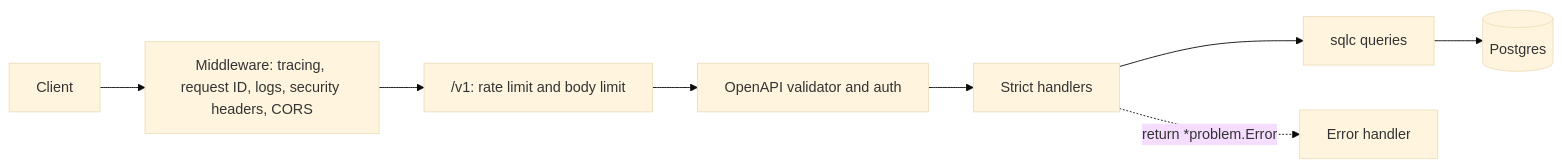
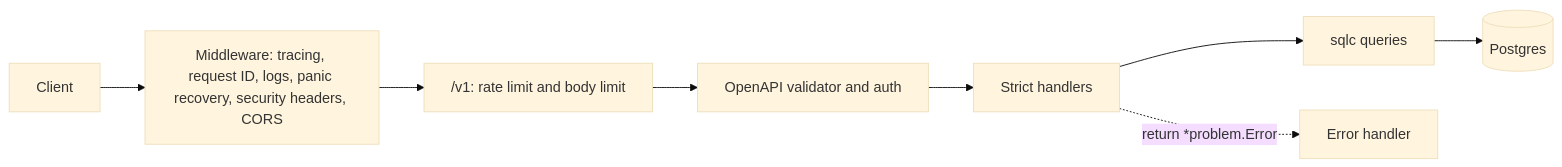
One commit to opikdev/api-go-starter changed the diagram in docs/architecture.md. Above: the diagram before and after it, drawn with Mermaid (base theme). The commit also changed other lines of this file and 5 other files, not shown here.

````diff
--- a/docs/architecture.md
+++ b/docs/architecture.md
@@ -3,10 +3,10 @@
 ```mermaid
 flowchart LR
-  C[Client] --> M["Middleware: tracing, request ID, logs, security headers, CORS"]
+  C[Client] --> M["Middleware: tracing, request ID, logs, panic recovery, security headers, CORS"]
   M --> L["/v1: rate limit and body limit"]
   L --> V["OpenAPI validator and auth"]
   V --> H["Strict handlers"]
   H --> S["sqlc queries"]
   S --> P[(Postgres)]
   H -. "return *problem.Error" .-> E["Error handler"]
 ```
````
